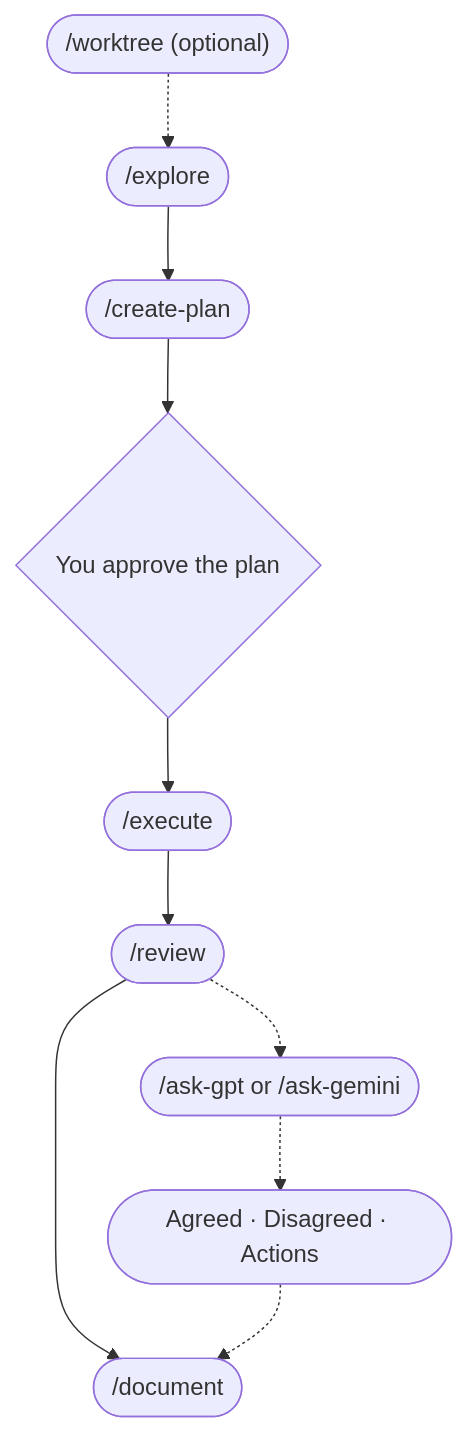
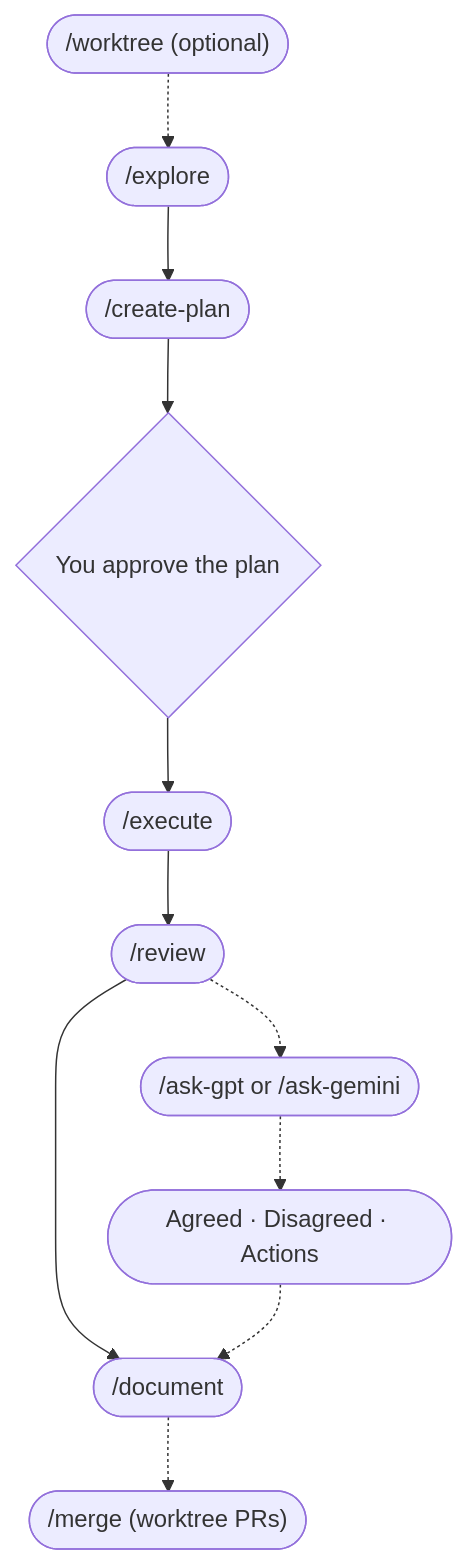
The diagram in README.md (mayankmankhand/llm-peer-review), drawn with Mermaid before and after one commit. The commit also changed other lines of this file and 9 other files, not shown here.

````diff
--- a/README.md
+++ b/README.md
@@ -31,12 +31,13 @@
 ```mermaid
 flowchart TD
     W(["/worktree (optional)"]) -.-> A(["/explore"])
     A --> B(["/create-plan"])
     B --> G{"You approve the plan"}
     G --> C(["/execute"])
     C --> D(["/review"])
     D --> H(["/document"])
     D -.-> E(["/ask-gpt or /ask-gemini"])
     E -.-> F(["Agreed · Disagreed · Actions"])
     F -.-> H
+    H -.-> M(["/merge (worktree PRs)"])
 ```
````
